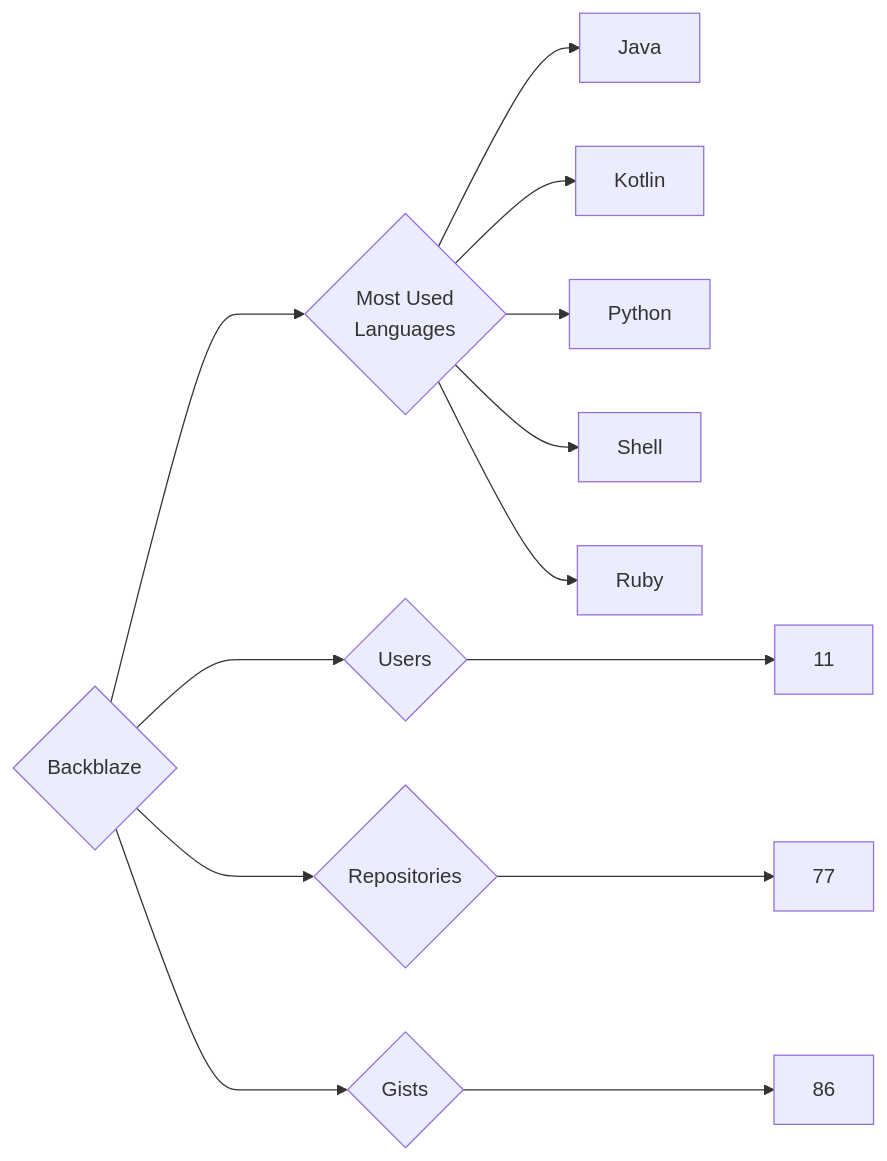
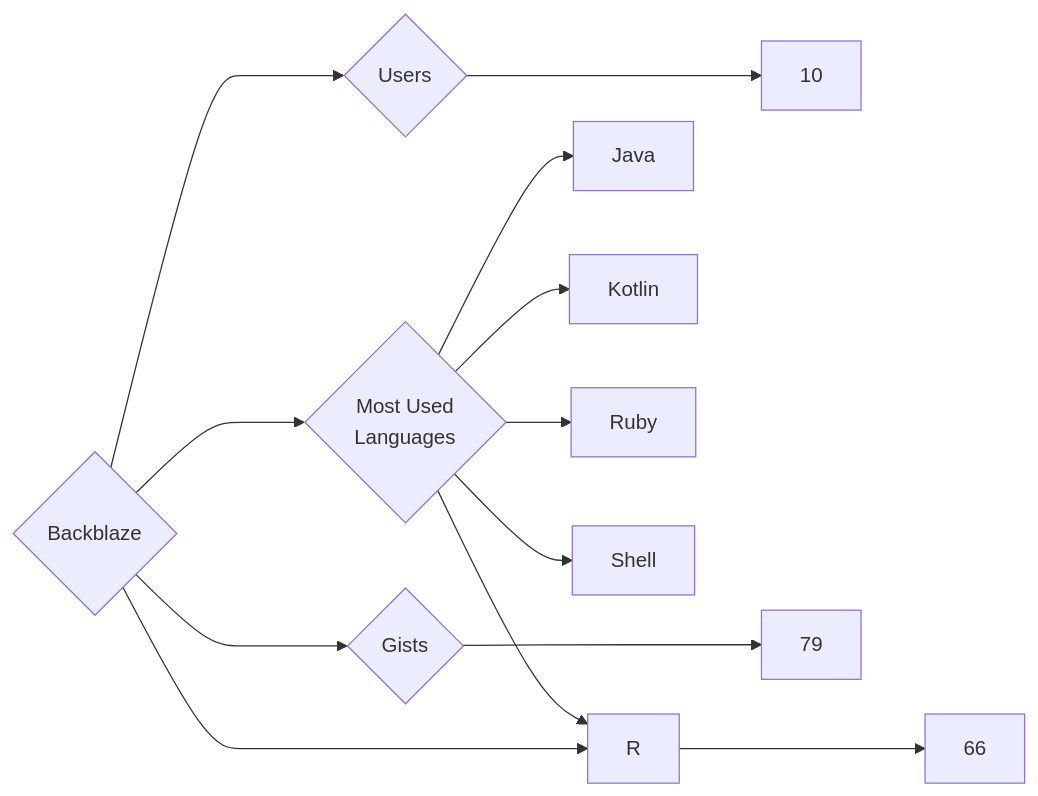
Before and after one commit to trickest/insiders: the diagram in targets/Backblaze/README.md, drawn with Mermaid. The commit also changed 953 other files, not shown here.

````diff
--- a/targets/Backblaze/README.md
+++ b/targets/Backblaze/README.md
@@ -3,13 +3,13 @@
 ```mermaid
 graph LR
 COMPANY_NAME{Backblaze}
-COMPANY_NAME ---> U{Users} ---> UN[11]
-COMPANY_NAME ---> R{Repositories} ---> RN[77]
-COMPANY_NAME ---> G{Gists} ---> GN[86]
+COMPANY_NAME ---> U{Users} ---> UN[10]
+COMPANY_NAME ---> R{Repositories} ---> RN[66]
+COMPANY_NAME ---> G{Gists} ---> GN[79]
 COMPANY_NAME ---> ML{Most Used<br>Languages}
 ML --> Java[Java]
 ML --> Kotlin[Kotlin]
-ML --> Python[Python]
+ML --> Ruby[Ruby]
 ML --> Shell[Shell]
-ML --> Ruby[Ruby]
+ML --> R[R]
 ```
````
